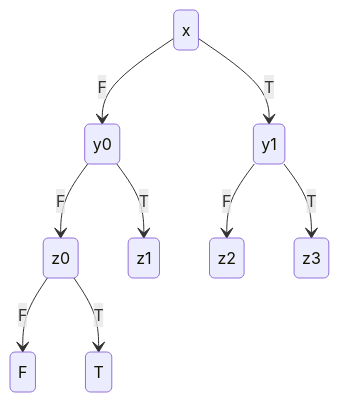
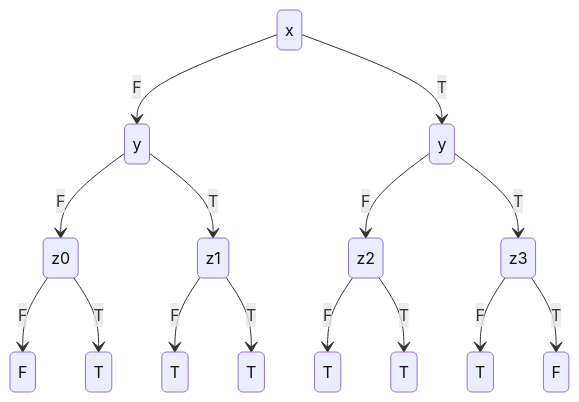
One commit to VinayakFia/Obsidian changed the diagram in COMP3153/Stream b/Stream B - Pass.md. Above: the diagram before and after it, drawn with Mermaid.

Commit message:
vault backup: 2024-11-10 16:05:07

````diff
--- a/COMP3153/Stream b/Stream B - Pass.md
+++ b/COMP3153/Stream b/Stream B - Pass.md
@@ -87,13 +87,31 @@
 ```mermaid
 stateDiagram-v2
 	x --> y0 : F
 	x --> y1 : T
 
+	y0 : y
+	y1 : y
+
 	y0 --> z0 : F
 	y0 --> z1 : T
 	y1 --> z2 : F
 	y1 --> z3 : T
-
-	z0 --> F : F
-	z0 --> T : T
+	
+	F0 : F
+	F1 : F
+	T0 : T 
+	T1 : T
+	T2 : T
+	T3 : T
+	T4 : T
+	T5 : T
+	
+	z0 --> F0 : F
+	z0 --> T0 : T
+	z1 --> T1 : F
+	z1 --> T2 : T
+	z2 --> T3 : F
+	z2 --> T4 : T
+	z3 --> T5 : F
+	z3 --> F1 : T
 ```
````
